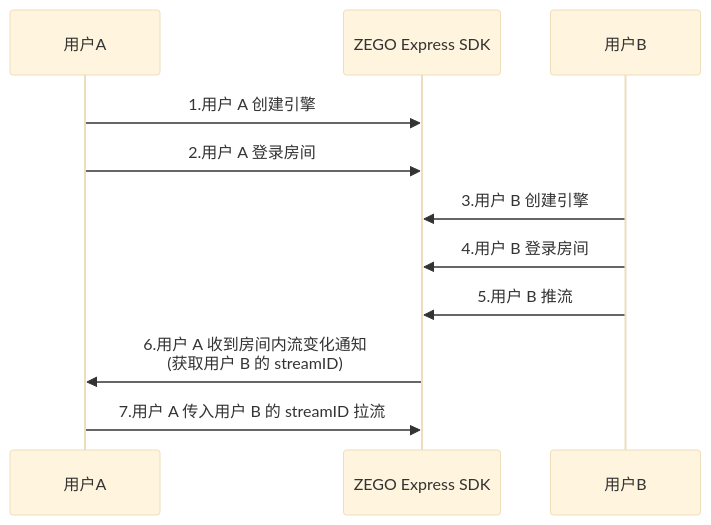
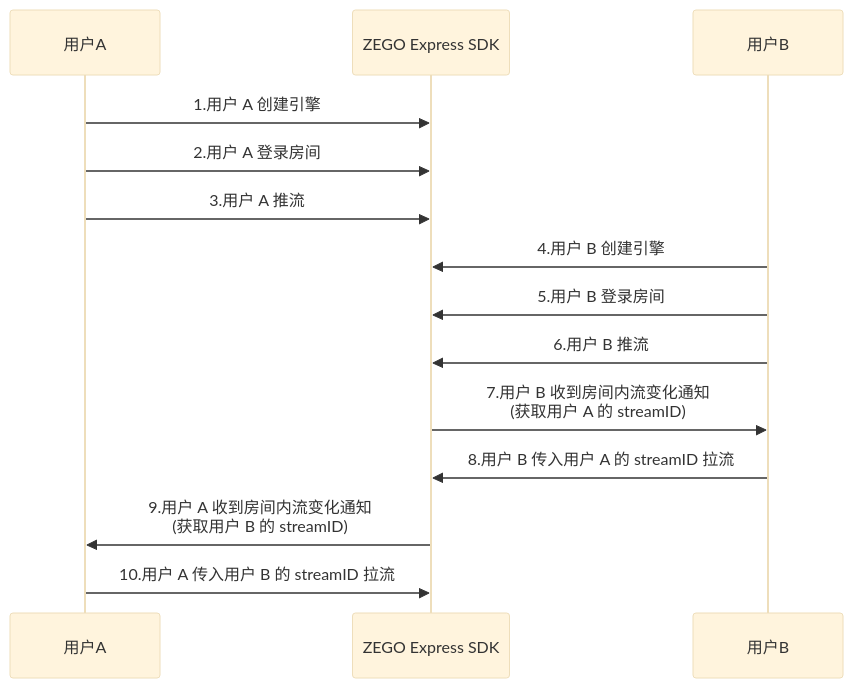
One commit to ZEGOCLOUD/docs_all changed the first of 2 diagrams in core_products/real-time-voice-video/zh/android-java/quick-start/implementing-video-call.mdx. Above: the diagram before and after it, drawn with Mermaid (base theme). The commit also changed other lines of this file and 35 other files, not shown here.

First line of the commit message:
RealTimeVoiceVideo: Update implementation flow diagram to show bidirectional stream

````diff
--- a/core_products/real-time-voice-video/zh/android-java/quick-start/implementing-video-call.mdx
+++ b/core_products/real-time-voice-video/zh/android-java/quick-start/implementing-video-call.mdx
@@ -398,13 +398,16 @@
 ```mermaid
 sequenceDiagram
     participant 用户A
     participant ZEGO Express SDK
     participant 用户B
     用户A->>ZEGO Express SDK: 1.用户 A 创建引擎
     用户A->>ZEGO Express SDK: 2.用户 A 登录房间
-    用户B->>ZEGO Express SDK: 3.用户 B 创建引擎
-    用户B->>ZEGO Express SDK: 4.用户 B 登录房间
-    用户B->>ZEGO Express SDK: 5.用户 B 推流
-    ZEGO Express SDK->>用户A: 6.用户 A 收到房间内流变化通知<br/>(获取用户 B 的 streamID)
-    用户A->>ZEGO Express SDK: 7.用户 A 传入用户 B 的 streamID 拉流
+    用户A->>ZEGO Express SDK: 3.用户 A 推流
+    用户B->>ZEGO Express SDK: 4.用户 B 创建引擎
+    用户B->>ZEGO Express SDK: 5.用户 B 登录房间
+    用户B->>ZEGO Express SDK: 6.用户 B 推流
+    ZEGO Express SDK->>用户B: 7.用户 B 收到房间内流变化通知<br/>(获取用户 A 的 streamID)
+    用户B->>ZEGO Express SDK: 8.用户 B 传入用户 A 的 streamID 拉流
+    ZEGO Express SDK->>用户A: 9.用户 A 收到房间内流变化通知<br/>(获取用户 B 的 streamID)
+    用户A->>ZEGO Express SDK: 10.用户 A 传入用户 B 的 streamID 拉流
 ```
````
